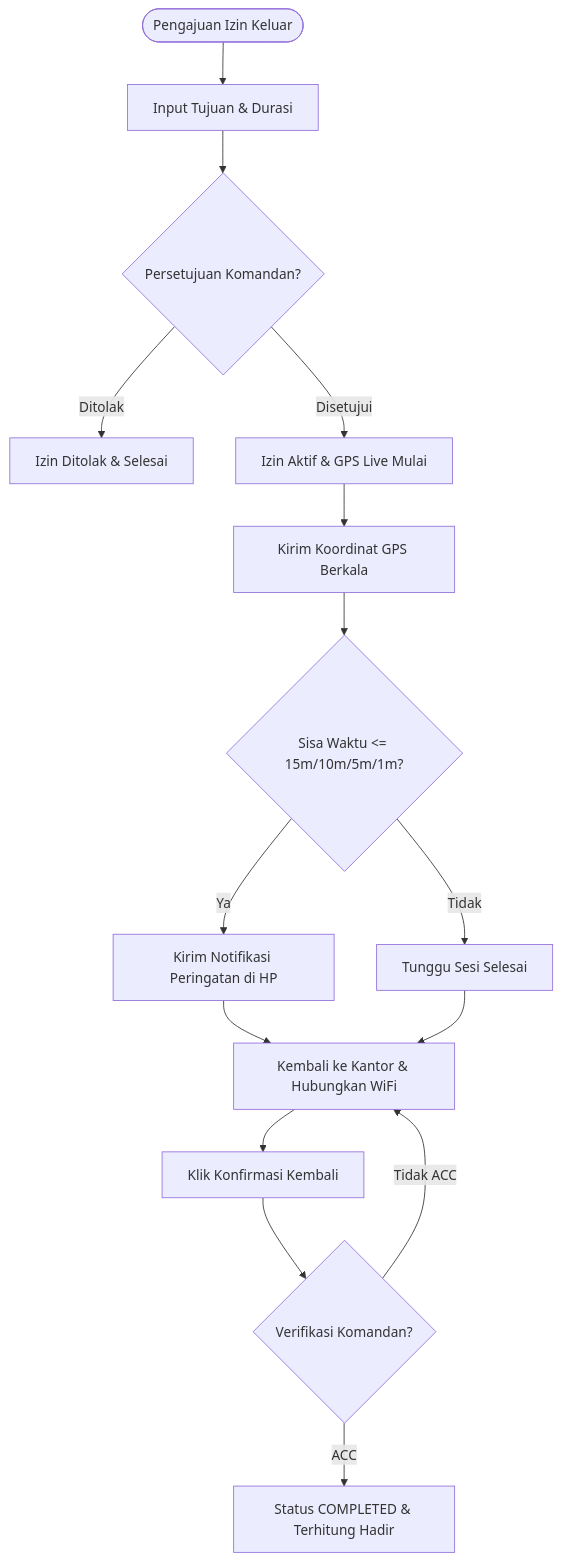
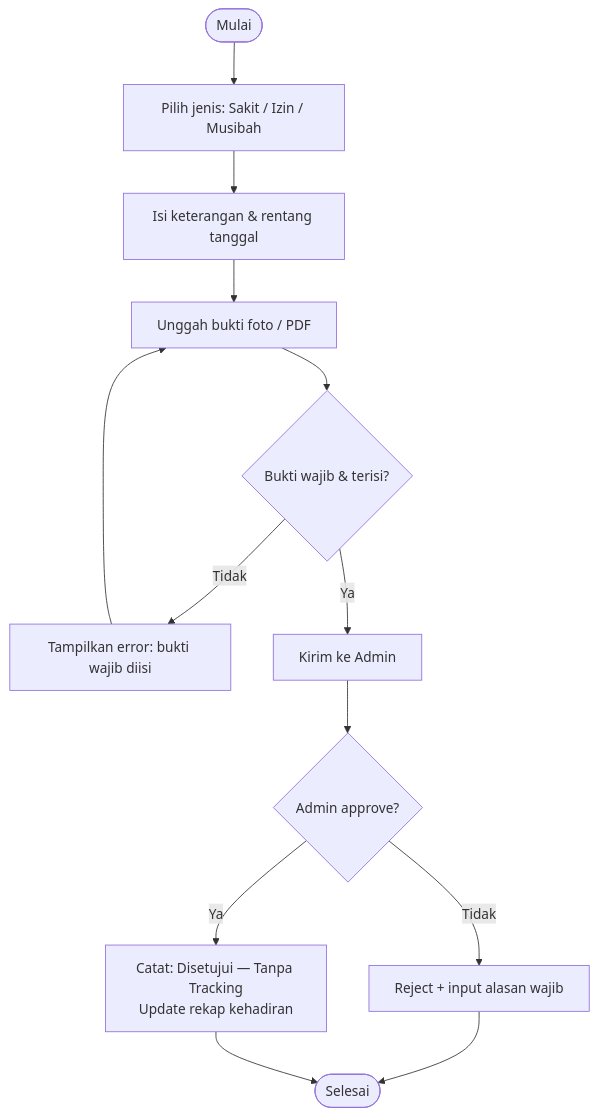
One commit to IntellQueue/Mockup-UI-UX-NAYAKA changed the eighth of 10 diagrams in README.md. Above: the diagram before and after it, drawn with Mermaid. The commit also changed other lines of this file, not shown here.

Commit message:
update readme dengan flowchart update

````diff
--- a/README.md
+++ b/README.md
@@ -168,20 +270,15 @@
 ```mermaid
 graph TD
-    StartOuting([Pengajuan Izin Keluar]) --> InputForm[Input Tujuan & Durasi]
-    InputForm --> CheckAcc{Persetujuan Komandan?}
-    CheckAcc -- Ditolak --> RejectOut[Izin Ditolak & Selesai]
-    CheckAcc -- Disetujui --> ActiveOut[Izin Aktif & GPS Live Mulai]
-    
-    ActiveOut --> Track[Kirim Koordinat GPS Berkala]
-    Track --> ChkTime{Sisa Waktu <= 15m/10m/5m/1m?}
-    ChkTime -- Ya --> SendAlert[Kirim Notifikasi Peringatan di HP]
-    ChkTime -- Tidak --> Wait[Tunggu Sesi Selesai]
-    
-    SendAlert --> ReturnOffice[Kembali ke Kantor & Hubungkan WiFi]
-    Wait --> ReturnOffice
-    
-    ReturnOffice --> ClickReturn[Klik Konfirmasi Kembali]
-    ClickReturn --> AdminVerify{Verifikasi Komandan?}
-    AdminVerify -- Tidak ACC --> ReturnOffice
-    AdminVerify -- ACC --> Done[Status COMPLETED & Terhitung Hadir]
+    Start([Mulai]) --> Choose[Pilih jenis: Sakit / Izin / Musibah]
+    Choose --> Fill[Isi keterangan & rentang tanggal]
+    Fill --> Upload[Unggah bukti foto / PDF]
+    Upload --> Proof{Bukti wajib & terisi?}
+    Proof -- Tidak --> ErrProof[Tampilkan error: bukti wajib diisi]
+    ErrProof --> Upload
+    Proof -- Ya --> Send[Kirim ke Admin]
+    Send --> Approve{Admin approve?}
+    Approve -- Tidak --> Reject[Reject + input alasan wajib]
+    Reject --> End([Selesai])
+    Approve -- Ya --> Save[Catat: Disetujui — Tanpa Tracking<br>Update rekap kehadiran]
+    Save --> End
 ```
````
